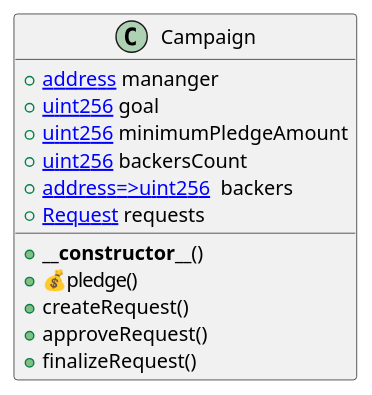
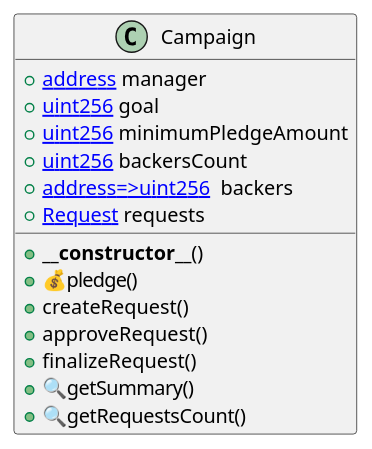
Before and after one commit to minhtran241/hellostartup: the diagram in uml/@campaign.uml.wsd, drawn with PlantUML. The commit also changed 8 other files, not shown here.

```diff
--- a/uml/@campaign.uml.wsd
+++ b/uml/@campaign.uml.wsd
@@ -1,35 +1,37 @@
 @startuml Campaign
 ' -- generated by: https://marketplace.visualstudio.com/items?itemName=tintinweb.solidity-visual-auditor
 '
 ' -- for auto-render install: https://marketplace.visualstudio.com/items?itemName=jebbs.plantuml
 ' -- options --
 
 
 
 ' -- classes --
 
 
 class Campaign {
     ' -- inheritance --
 
     ' -- usingFor --
 
     ' -- vars --
-	+[[address]] mananger
+	+[[address]] manager
 	+[[uint256]] goal
 	+[[uint256]] minimumPledgeAmount
 	+[[uint256]] backersCount
 	+[[mapping address=>uint256 ]] backers
 	+[[Request]] requests
 
     ' -- methods --
 	+**__constructor__**()
 	+💰pledge()
 	+createRequest()
 	+approveRequest()
 	+finalizeRequest()
+	+🔍getSummary()
+	+🔍getRequestsCount()
 
 }
 ' -- inheritance / usingFor --
 
 @enduml
```
